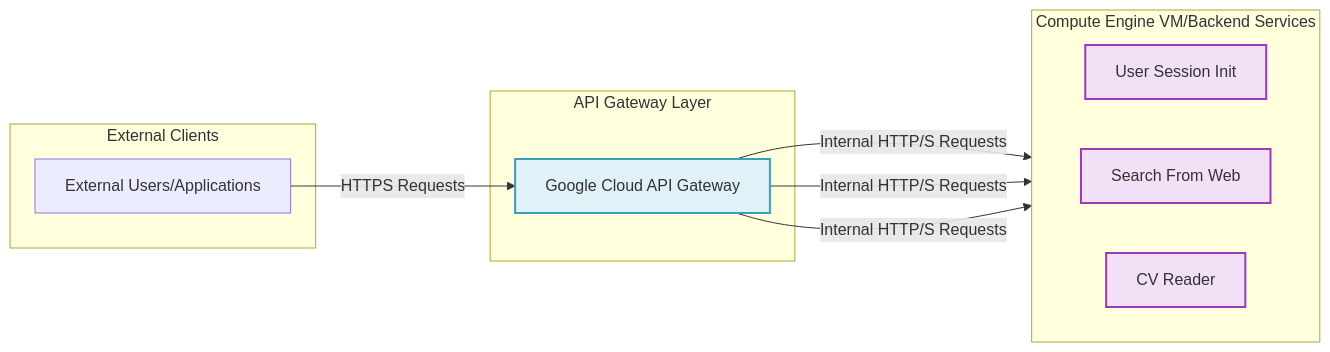
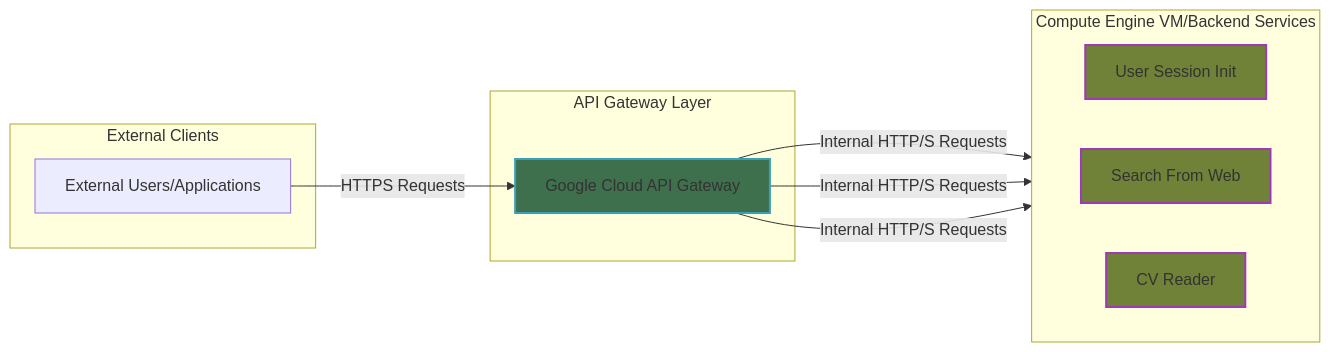
The diagram in docs/gateway.md (KarreraAI/knowledge-base), drawn with Mermaid before and after one commit.

Commit message:
small changes in API Gateway documentation

````diff
--- a/docs/gateway.md
+++ b/docs/gateway.md
@@ -33,29 +33,29 @@
 ```mermaid
 graph LR
     subgraph External Clients
         A[External Users/Applications]
     end
 
     subgraph API Gateway Layer
         B[Google Cloud API Gateway]
     end
 
     subgraph Compute Engine VM/Backend Services
         direction LR
         C1[User Session Init]
         C2[Search From Web ]
         C3[CV Reader]
     end
 
     A -- HTTPS Requests --> B
 
     B -- Internal HTTP/S Requests --> C1
     B -- Internal HTTP/S Requests --> C2
     B -- Internal HTTP/S Requests --> C3
 
-    style B fill:#e0f2f7,stroke:#39a0b9,stroke-width:2px,font-color:#000000
-    style C1 fill:#f2e0f7,stroke:#a039b9,stroke-width:2px,font-color:#000000
-    style C2 fill:#f2e0f7,stroke:#a039b9,stroke-width:2px,font-color:#000000
-    style C3 fill:#f2e0f7,stroke:#a039b9,stroke-width:2px,font-color:#000000
+    style B fill:#3F704D,stroke:#39a0b9,stroke-width:2px,font-color:#000000
+    style C1 fill:#708238,stroke:#a039b9,stroke-width:2px,font-color:#000000
+    style C2 fill:#708238,stroke:#a039b9,stroke-width:2px,font-color:#000000
+    style C3 fill:#708238,stroke:#a039b9,stroke-width:2px,font-color:#000000
 
 ```
````
